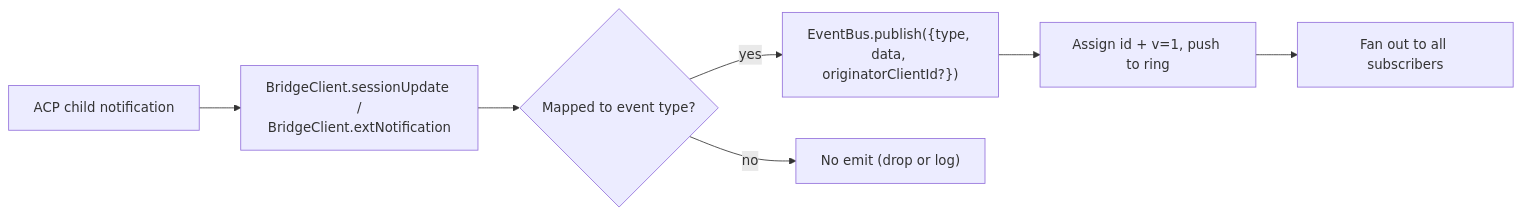
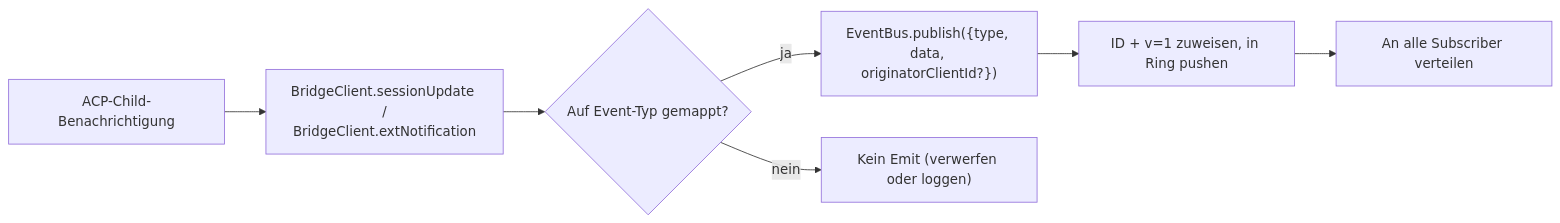
The first of 2 diagrams in website/content/de/developers/daemon/09-event-schema.md (QwenLM/qwen-code-docs), drawn with Mermaid before and after one commit. The commit also changed other lines of this file and 128 other files, not shown here.

````diff
--- a/website/content/de/developers/daemon/09-event-schema.md
+++ b/website/content/de/developers/daemon/09-event-schema.md
@@ -181,9 +182,9 @@
 ```mermaid
 flowchart LR
-    A["ACP child notification"] --> B["BridgeClient.sessionUpdate /<br/>BridgeClient.extNotification"]
-    B --> C{"Mapped to event type?"}
-    C -->|yes| D["EventBus.publish({type, data, originatorClientId?})"]
-    C -->|no| E["No emit (drop or log)"]
-    D --> F["Assign id + v=1, push to ring"]
-    F --> G["Fan out to all subscribers"]
+    A["ACP-Child-Benachrichtigung"] --> B["BridgeClient.sessionUpdate /<br/>BridgeClient.extNotification"]
+    B --> C{"Auf Event-Typ gemappt?"}
+    C -->|ja| D["EventBus.publish({type, data, originatorClientId?})"]
+    C -->|nein| E["Kein Emit (verwerfen oder loggen)"]
+    D --> F["ID + v=1 zuweisen, in Ring pushen"]
+    F --> G["An alle Subscriber verteilen"]
 ```
````
